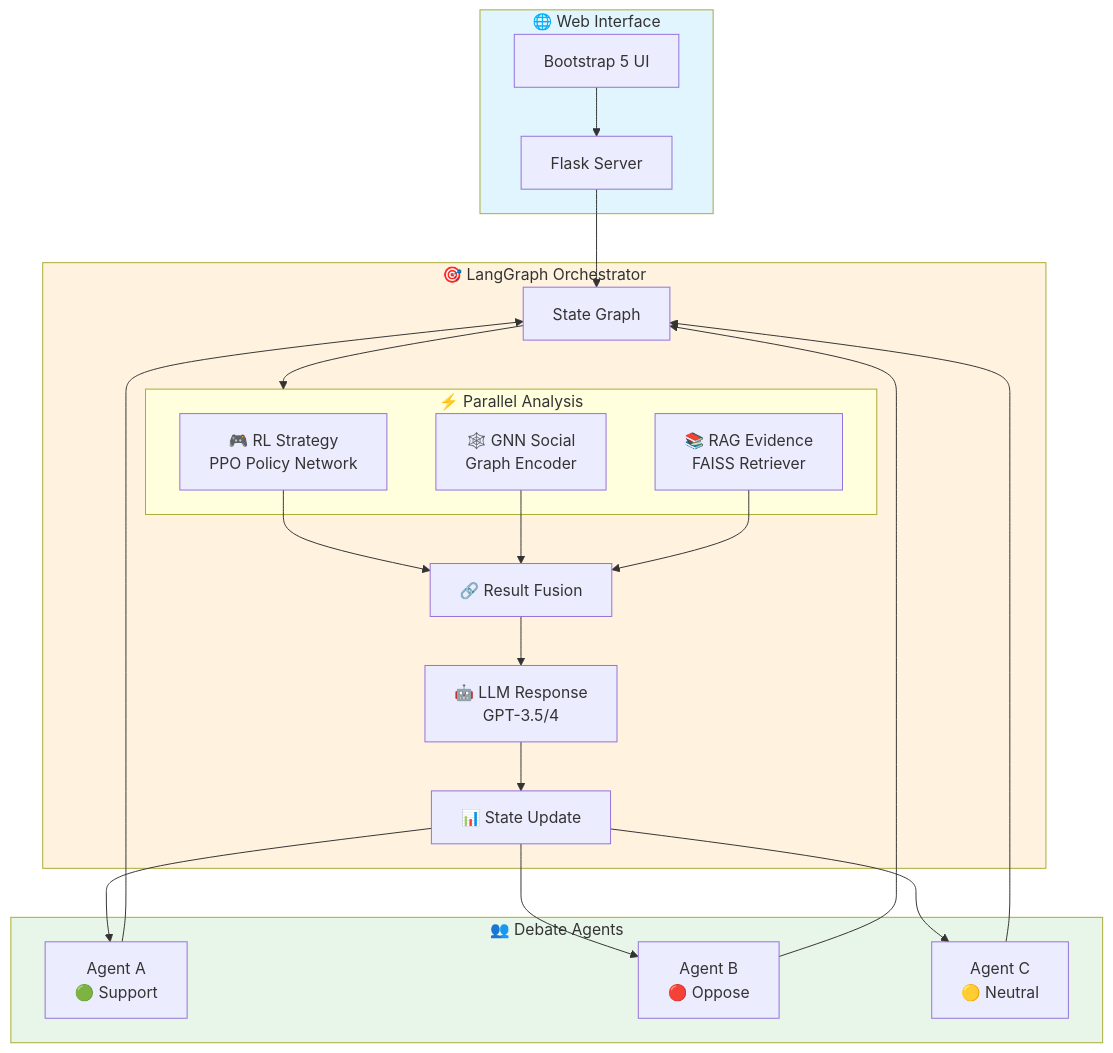
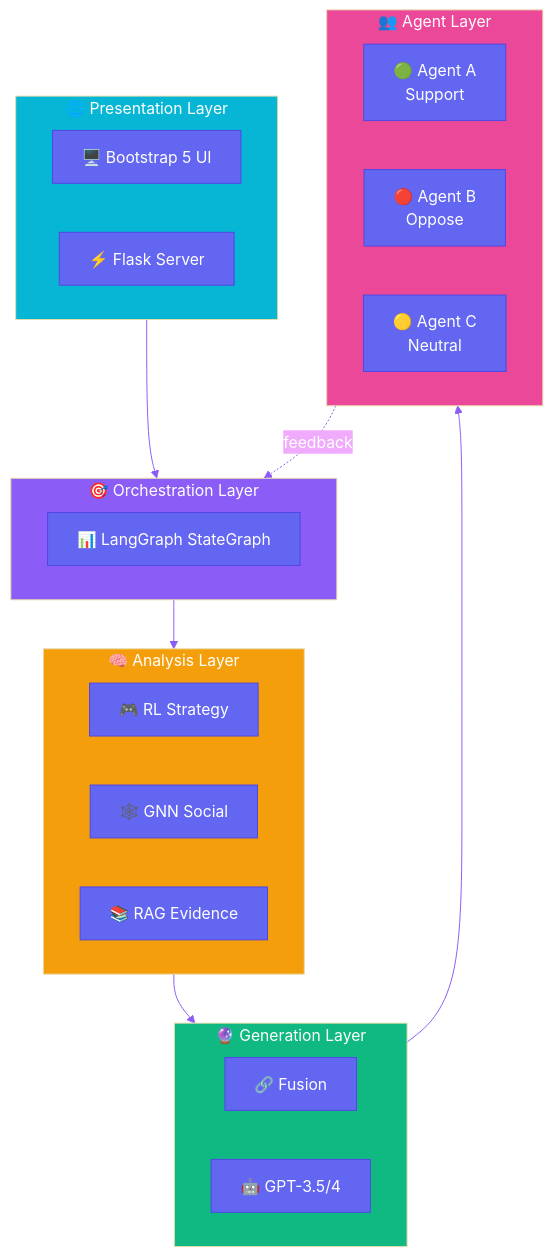
The first of 7 diagrams in README.md (AluminumShark/Social-Debate-AI), drawn with Mermaid before and after one commit. The commit also changed other lines of this file, not shown here.

First line of the commit message:
style(docs): improve Mermaid diagrams with brighter colors and cleaner layout

````diff
--- a/README.md
+++ b/README.md
@@ -41,40 +41,46 @@
 ```mermaid
-graph TB
-    subgraph UI["🌐 Web Interface"]
-        Flask["Flask Server"]
-        Web["Bootstrap 5 UI"]
+%%{init: {'theme': 'base', 'themeVariables': { 'primaryColor': '#6366f1', 'primaryTextColor': '#fff', 'primaryBorderColor': '#4f46e5', 'lineColor': '#8b5cf6', 'secondaryColor': '#f0abfc', 'tertiaryColor': '#fef3c7'}}}%%
+flowchart TB
+    subgraph Layer1["  🌐 Presentation Layer  "]
+        direction LR
+        Web["🖥️ Bootstrap 5 UI"]
+        Flask["⚡ Flask Server"]
     end
 
-    subgraph Orchestrator["🎯 LangGraph Orchestrator"]
-        StateGraph["State Graph"]
-        
-        subgraph Parallel["⚡ Parallel Analysis"]
-            RL["🎮 RL Strategy<br/>PPO Policy Network"]
-            GNN["🕸️ GNN Social<br/>Graph Encoder"]
-            RAG["📚 RAG Evidence<br/>FAISS Retriever"]
-        end
-        
-        Fusion["🔗 Result Fusion"]
-        LLM["🤖 LLM Response<br/>GPT-3.5/4"]
-        StateUpdate["📊 State Update"]
+    subgraph Layer2["  🎯 Orchestration Layer  "]
+        direction LR
+        Graph["📊 LangGraph StateGraph"]
     end
 
-    subgraph Agents["👥 Debate Agents"]
-        AgentA["Agent A<br/>🟢 Support"]
-        AgentB["Agent B<br/>🔴 Oppose"]
-        AgentC["Agent C<br/>🟡 Neutral"]
+    subgraph Layer3["  🧠 Analysis Layer  "]
+        direction LR
+        RL["🎮 RL Strategy"]
+        GNN["🕸️ GNN Social"]
+        RAG["📚 RAG Evidence"]
     end
 
-    Web --> Flask
-    Flask --> StateGraph
-    StateGraph --> Parallel
-    RL & GNN & RAG --> Fusion
-    Fusion --> LLM
-    LLM --> StateUpdate
-    StateUpdate --> AgentA & AgentB & AgentC
-    AgentA & AgentB & AgentC --> StateGraph
+    subgraph Layer4["  🔮 Generation Layer  "]
+        direction LR
+        Fusion["🔗 Fusion"]
+        LLM["🤖 GPT-3.5/4"]
+    end
 
-    style UI fill:#e1f5fe
-    style Orchestrator fill:#fff3e0
-    style Agents fill:#e8f5e9
+    subgraph Layer5["  👥 Agent Layer  "]
+        direction LR
+        A["🟢 Agent A<br/>Support"]
+        B["🔴 Agent B<br/>Oppose"]
+        C["🟡 Agent C<br/>Neutral"]
+    end
+
+    Layer1 --> Layer2
+    Layer2 --> Layer3
+    Layer3 --> Layer4
+    Layer4 --> Layer5
+    Layer5 -.->|"feedback"| Layer2
+
+    style Layer1 fill:#06b6d4,color:#fff
+    style Layer2 fill:#8b5cf6,color:#fff
+    style Layer3 fill:#f59e0b,color:#fff
+    style Layer4 fill:#10b981,color:#fff
+    style Layer5 fill:#ec4899,color:#fff
 ```
````
